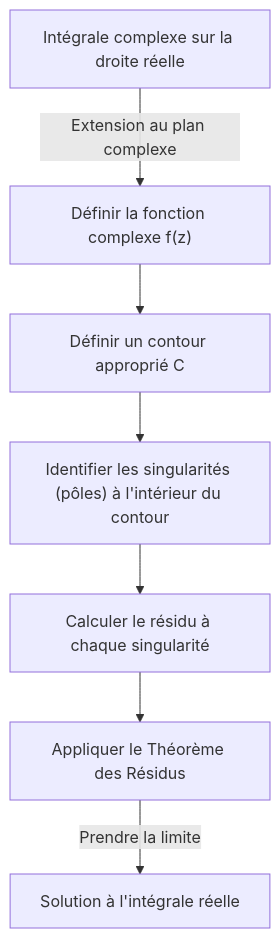
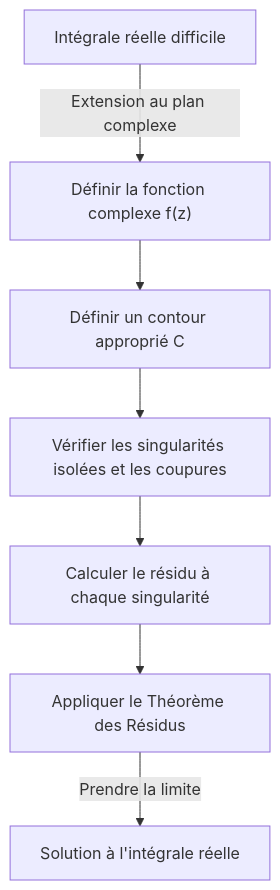
Before and after one commit to kenjinote/blog: the first of 3 diagrams in content/post/residue-theorem/index.fr.md, drawn with Mermaid. The commit also changed other lines of this file and 8 other files, not shown here.

````diff
--- a/content/post/residue-theorem/index.fr.md
+++ b/content/post/residue-theorem/index.fr.md
@@ -33,9 +34,9 @@
 ```mermaid
 flowchart TD
-    A["Intégrale complexe sur la droite réelle"] -->|"Extension au plan complexe"| B["Définir la fonction complexe f(z)"]
+    A["Intégrale réelle difficile"] -->|"Extension au plan complexe"| B["Définir la fonction complexe f(z)"]
     B --> C["Définir un contour approprié C"]
-    C --> D["Identifier les singularités (pôles) à l'intérieur du contour"]
+    C --> D["Vérifier les singularités isolées et les coupures"]
     D --> E["Calculer le résidu à chaque singularité"]
     E --> F["Appliquer le Théorème des Résidus"]
     F -->|"Prendre la limite"| G["Solution à l'intégrale réelle"]
 ```
````
